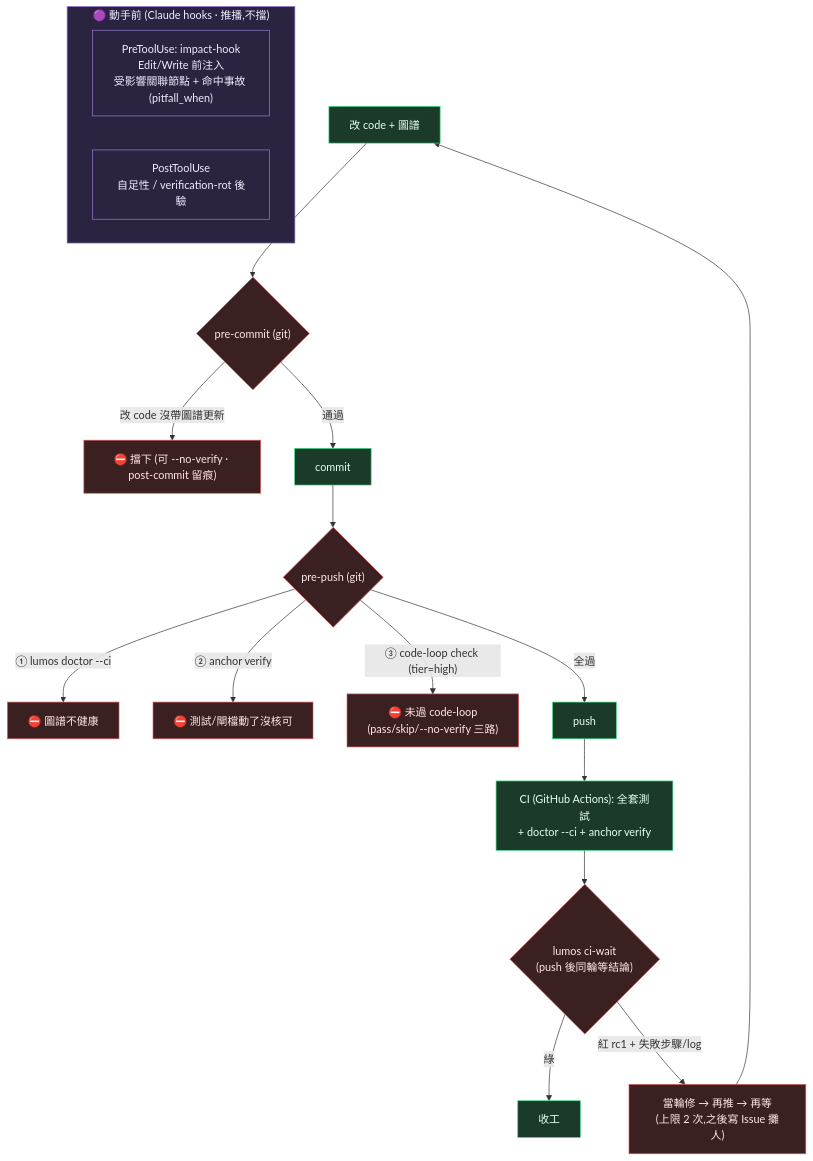
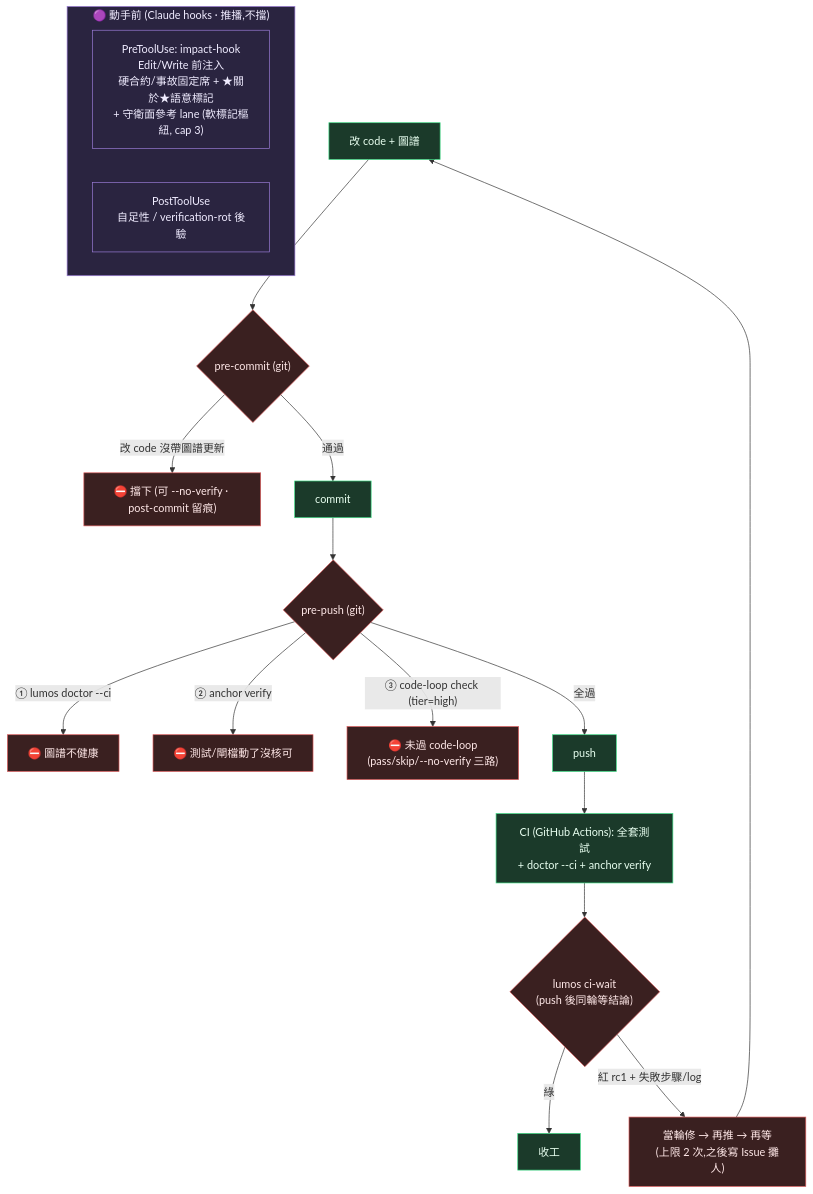
The fourth of 4 diagrams in ARCHITECTURE.md (EnzoHsieh-Android/Lumos), drawn with Mermaid before and after one commit. The commit also changed 14 other files, not shown here.

````diff
--- a/ARCHITECTURE.md
+++ b/ARCHITECTURE.md
@@ -139,30 +139,30 @@
 ```mermaid
 flowchart TB
     subgraph BEFORE["🟣 動手前 (Claude hooks · 推播,不擋)"]
-        PRE["PreToolUse: impact-hook<br/>Edit/Write 前注入<br/>受影響關聯節點 + 命中事故 (pitfall_when)"]
+        PRE["PreToolUse: impact-hook<br/>Edit/Write 前注入<br/>硬合約/事故固定席 + ★關於★語意標記<br/>+ 守衛面參考 lane (軟標記樞紐, cap 3)"]
         POSTT["PostToolUse<br/>自足性 / verification-rot 後驗"]
     end
 
     EDIT["改 code + 圖譜"] --> PC{"pre-commit (git)"}
     PC -->|"改 code 沒帶圖譜更新"| BLOCK["⛔ 擋下 (可 --no-verify · post-commit 留痕)"]
     PC -->|通過| COMMIT["commit"]
 
     COMMIT --> PUSH{"pre-push (git)"}
     PUSH -->|"① lumos doctor --ci"| PB1["⛔ 圖譜不健康"]
     PUSH -->|"② anchor verify"| PB2["⛔ 測試/閘檔動了沒核可"]
     PUSH -->|"③ code-loop check (tier=high)"| PB3["⛔ 未過 code-loop<br/>(pass/skip/--no-verify 三路)"]
     PUSH -->|全過| PASS["push"]
     PASS --> CI["CI (GitHub Actions): 全套測試<br/>+ doctor --ci + anchor verify"]
     CI --> WAIT{"lumos ci-wait<br/>(push 後同輪等結論)"}
     WAIT -->|綠| DONE["收工"]
     WAIT -->|"紅 rc1 + 失敗步驟/log"| FIX["當輪修 → 再推 → 再等<br/>(上限 2 次,之後寫 Issue 攤人)"]
     FIX --> EDIT
 
     classDef gate fill:#3a2020,stroke:#dc5b5b,color:#ffe8e8
     classDef ok fill:#1b3a2a,stroke:#3ddc84,color:#e8fff0
     classDef push fill:#2a2440,stroke:#9a7bd6,color:#f0ecff
     class PC,PUSH,BLOCK,PB1,PB2,PB3 gate
     class COMMIT,PASS,CI,EDIT,DONE ok
     class WAIT,FIX gate
     class BEFORE,PRE,POSTT push
 ```
````
